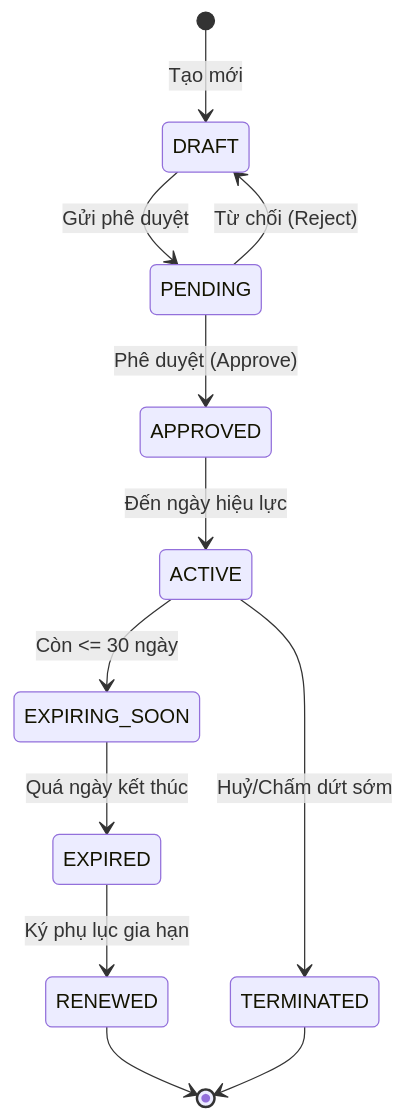
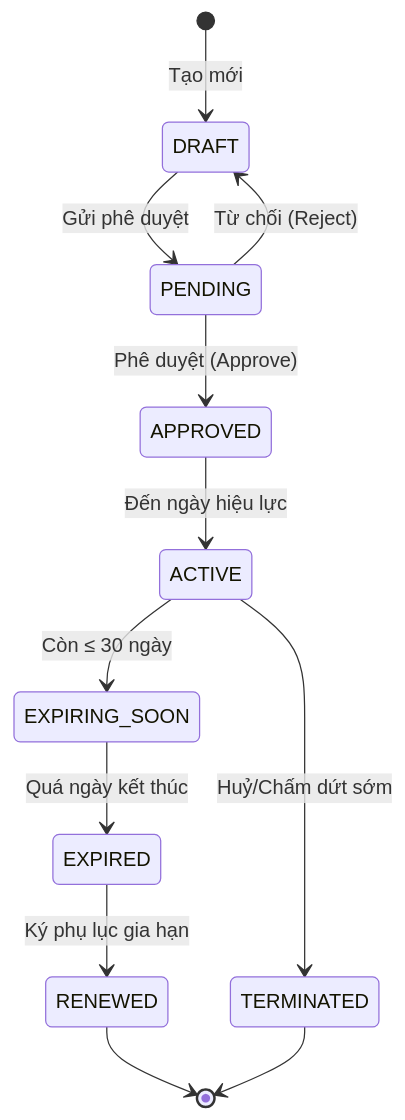
The third of 4 diagrams in README.md (Terence-0310/QL_HDDV), drawn with Mermaid before and after one commit. The commit also changed other lines of this file, not shown here.

First line of the commit message:
docs: fix README mermaid diagrams not rendering

````diff
--- a/README.md
+++ b/README.md
@@ -137,19 +137,19 @@
 ```mermaid
 stateDiagram-v2
     [*] --> DRAFT : Tạo mới
     
     DRAFT --> PENDING : Gửi phê duyệt
     PENDING --> DRAFT : Từ chối (Reject)
     PENDING --> APPROVED : Phê duyệt (Approve)
     
     APPROVED --> ACTIVE : Đến ngày hiệu lực
     
-    ACTIVE --> EXPIRING_SOON : Còn <= 30 ngày
+    ACTIVE --> EXPIRING_SOON : Còn ≤ 30 ngày
     EXPIRING_SOON --> EXPIRED : Quá ngày kết thúc
     
     ACTIVE --> TERMINATED : Huỷ/Chấm dứt sớm
     EXPIRED --> RENEWED : Ký phụ lục gia hạn
     
     RENEWED --> [*]
     TERMINATED --> [*]
 ```
````
